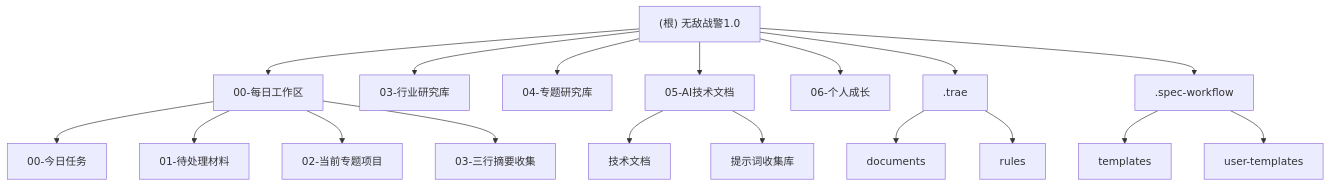
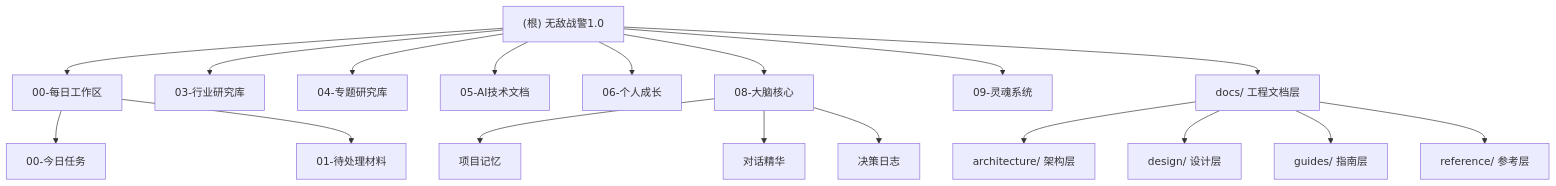
The diagram in CLAUDE.md (Guqie/anbounre), drawn with Mermaid before and after one commit. The commit also changed other lines of this file and 1850 other files, not shown here.

````diff
--- a/CLAUDE.md
+++ b/CLAUDE.md
@@ -47,32 +74,23 @@
 ```mermaid
 graph TD
-    A["(根) 无敌战警1.0"] --> B["00-每日工作区"];
-    A --> C["03-行业研究库"];
-    A --> D["04-专题研究库"];
-    A --> E["05-AI技术文档"];
-    A --> F["06-个人成长"];
-    A --> G[".trae"];
-    A --> H[".spec-workflow"];
+ A["(根) 无敌战警1.0"] --> B["00-每日工作区"];
+ A --> C["03-行业研究库"];
+ A --> D["04-专题研究库"];
+ A --> E["05-AI技术文档"];
+ A --> F["06-个人成长"];
+ A --> I["08-大脑核心"];
+ A --> J["09-灵魂系统"];
+ A --> DOCS["docs/ 工程文档层"];
 
-    B --> B1["00-今日任务"];
-    B --> B2["01-待处理材料"];
-    B --> B3["02-当前专题项目"];
-    B --> B4["03-三行摘要收集"];
+ B --> B1["00-今日任务"];
+ B --> B2["01-待处理材料"];
 
-    E --> E1["技术文档"];
-    E --> E2["提示词收集库"];
+ I --> I1["项目记忆"];
+ I --> I2["对话精华"];
+ I --> I3["决策日志"];
 
-    G --> G1["documents"];
-    G --> G2["rules"];
-
-    H --> H1["templates"];
-    H --> H2["user-templates"];
-
-    click B "./00-每日工作区/CLAUDE.md" "查看每日工作区模块文档"
-    click C "./03-行业研究库/CLAUDE.md" "查看行业研究库模块文档"
-    click D "./04-专题研究库/CLAUDE.md" "查看专题研究库模块文档"
-    click E "./05-AI技术文档/CLAUDE.md" "查看AI技术文档模块文档"
-    click F "./06-个人成长/CLAUDE.md" "查看个人成长模块文档"
-    click G "./.trae/CLAUDE.md" "查看.trae模块文档"
-    click H "./.spec-workflow/CLAUDE.md" "查看.spec-workflow模块文档"
+ DOCS --> D1["architecture/ 架构层"];
+ DOCS --> D2["design/ 设计层"];
+ DOCS --> D3["guides/ 指南层"];
+ DOCS --> D4["reference/ 参考层"];
 ```
````
